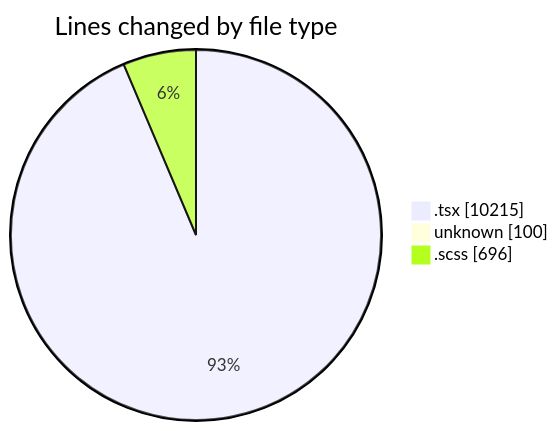
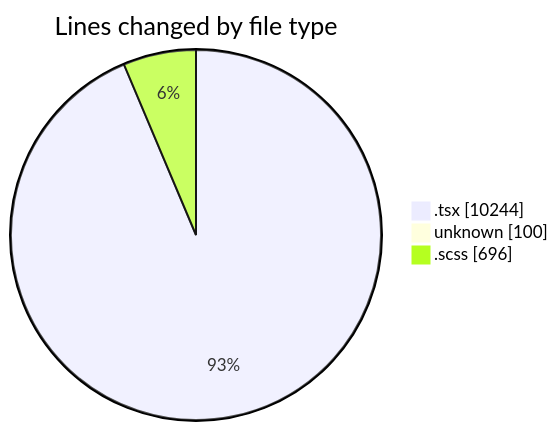
Before and after one commit to momahboobian/code-tracking: the first of 2 diagrams in 2025-12-05/cda/README.md, drawn with Mermaid. The commit also changed other lines of this file and 1 other file, not shown here.

````diff
--- a/2025-12-05/cda/README.md
+++ b/2025-12-05/cda/README.md
@@ -38,7 +38,7 @@
 ```mermaid
 pie showData
 title Lines changed by file type
-".tsx" : 10215
+".tsx" : 10244
 "unknown" : 100
 ".scss" : 696
 ```
````
